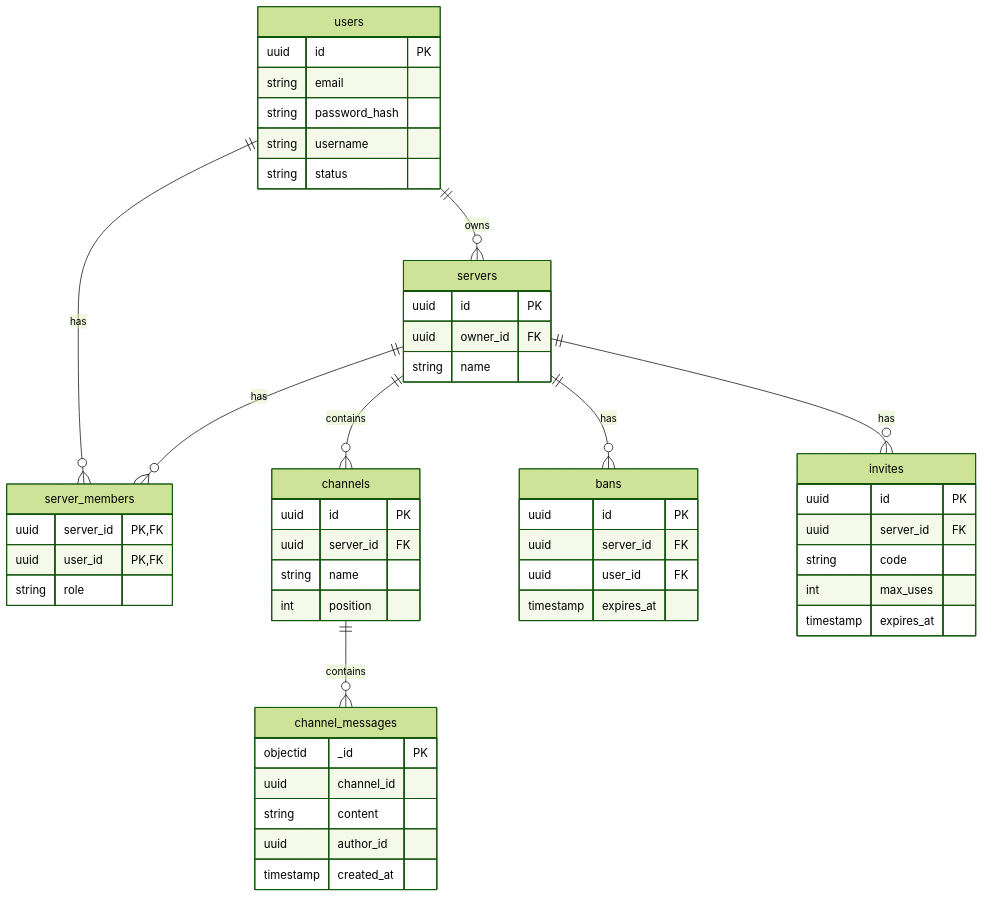
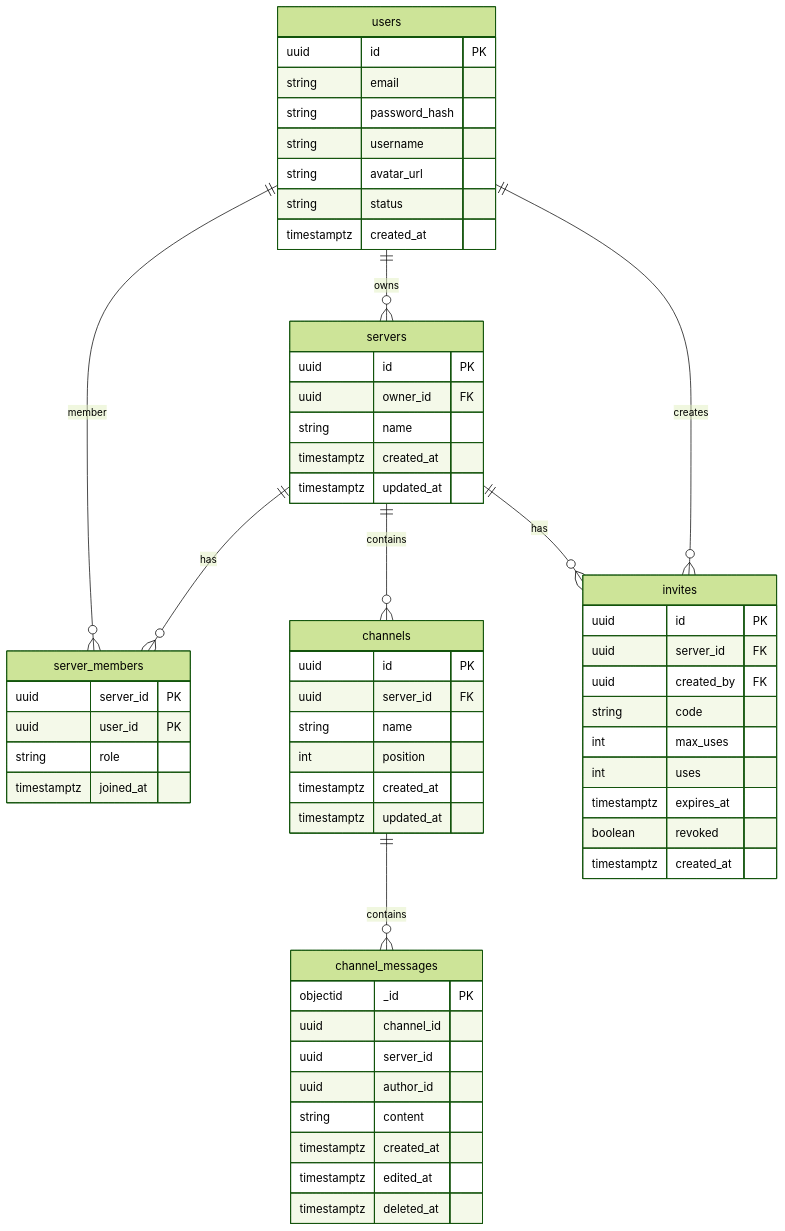
The fourth of 4 diagrams in seminar-rust/Days_71_95/solutions_days71_95/hello-world/README.md (RomeoCavazza/piscine-epitech), drawn with Mermaid (forest theme) before and after one commit. The commit also changed other lines of this file and 7 other files, not shown here.

````diff
--- a/seminar-rust/Days_71_95/solutions_days71_95/hello-world/README.md
+++ b/seminar-rust/Days_71_95/solutions_days71_95/hello-world/README.md
@@ -375,54 +284,67 @@
 ```mermaid
 erDiagram
-    users ||--o{ server_members : "has"
     users ||--o{ servers : "owns"
+    users ||--o{ server_members : "member"
     servers ||--o{ server_members : "has"
     servers ||--o{ channels : "contains"
-    servers ||--o{ bans : "has"
     servers ||--o{ invites : "has"
+    users ||--o{ invites : "creates"
     channels ||--o{ channel_messages : "contains"
 
     users {
         uuid id PK
         string email
         string password_hash
         string username
+        string avatar_url
         string status
+        timestamptz created_at
     }
+
     servers {
         uuid id PK
         uuid owner_id FK
         string name
+        timestamptz created_at
+        timestamptz updated_at
     }
+
     server_members {
-        uuid server_id PK,FK
-        uuid user_id PK,FK
+        uuid server_id PK
+        uuid user_id PK
         string role
+        timestamptz joined_at
     }
+
     channels {
         uuid id PK
         uuid server_id FK
         string name
         int position
+        timestamptz created_at
+        timestamptz updated_at
     }
-    bans {
-        uuid id PK
-        uuid server_id FK
-        uuid user_id FK
-        timestamp expires_at
-    }
+
     invites {
         uuid id PK
         uuid server_id FK
+        uuid created_by FK
         string code
         int max_uses
-        timestamp expires_at
+        int uses
+        timestamptz expires_at
+        boolean revoked
+        timestamptz created_at
     }
+
     channel_messages {
         objectid _id PK
         uuid channel_id
+        uuid server_id
+        uuid author_id
         string content
-        uuid author_id
-        timestamp created_at
+        timestamptz created_at
+        timestamptz edited_at
+        timestamptz deleted_at
     }
 ```
````
